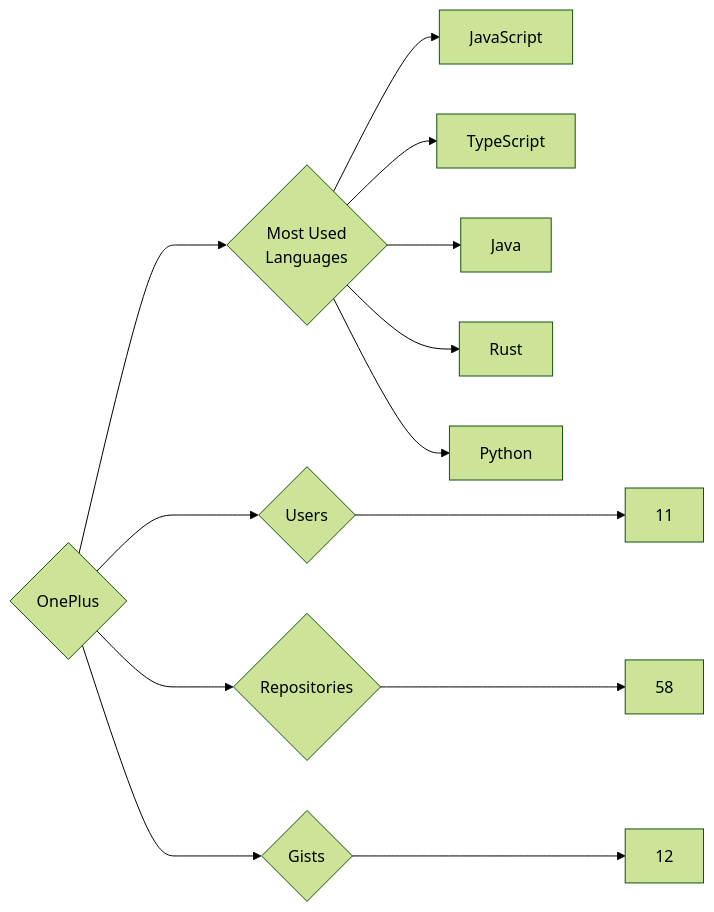
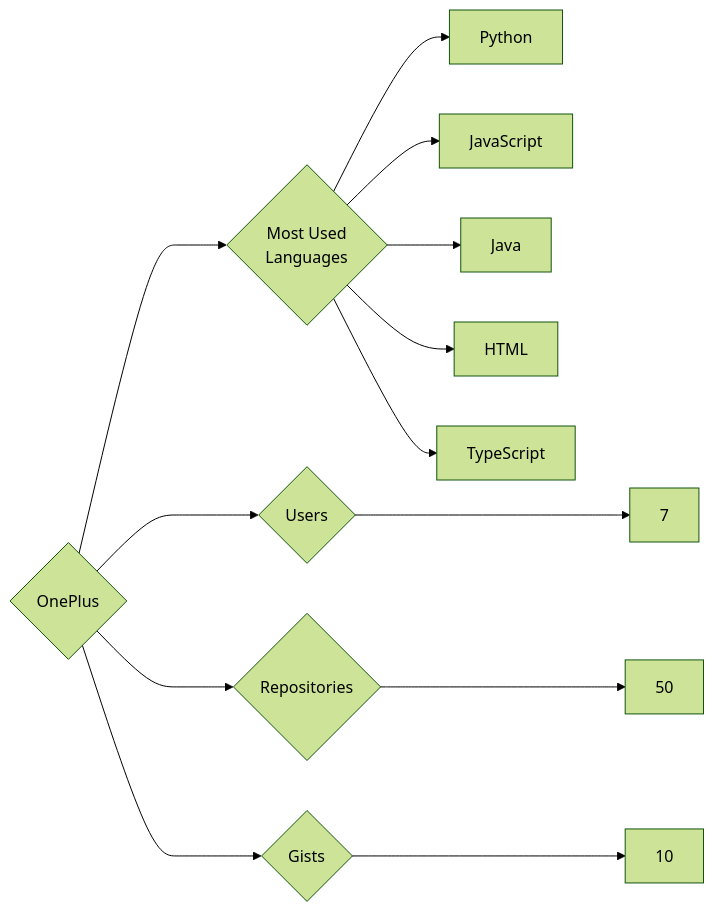
One commit to trickest/insiders changed the diagram in targets/OnePlus/README.md. Above: the diagram before and after it, drawn with Mermaid (forest theme). The commit also changed 1389 other files, not shown here.

````diff
--- a/targets/OnePlus/README.md
+++ b/targets/OnePlus/README.md
@@ -3,13 +3,13 @@
 ```mermaid
 graph LR
 COMPANY_NAME{OnePlus}
-COMPANY_NAME ---> U{Users} ---> UN[11]
-COMPANY_NAME ---> R{Repositories} ---> RN[58]
-COMPANY_NAME ---> G{Gists} ---> GN[12]
+COMPANY_NAME ---> U{Users} ---> UN[7]
+COMPANY_NAME ---> R{Repositories} ---> RN[50]
+COMPANY_NAME ---> G{Gists} ---> GN[10]
 COMPANY_NAME ---> ML{Most Used<br>Languages}
+ML --> Python[Python]
 ML --> JavaScript[JavaScript]
+ML --> Java[Java]
+ML --> HTML[HTML]
 ML --> TypeScript[TypeScript]
-ML --> Java[Java]
-ML --> Rust[Rust]
-ML --> Python[Python]
 ```
````
